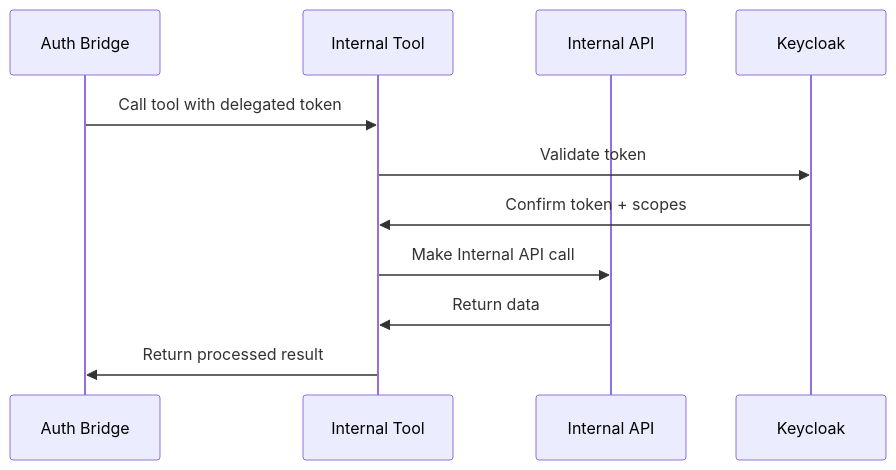
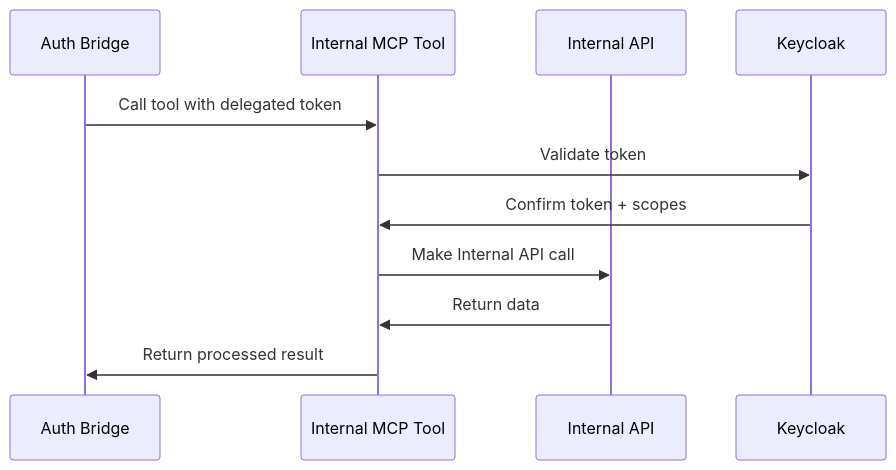
Before and after one commit to pdettori/kagenti: the diagram in docs/diagrams/03-tool-access-delegated-token-flow.mmd, drawn with Mermaid. The commit also changed 3 other files, not shown here.

Commit message:
Fix flow diagram Internal MCP Tool

```diff
--- a/docs/diagrams/03-tool-access-delegated-token-flow.mmd
+++ b/docs/diagrams/03-tool-access-delegated-token-flow.mmd
@@ -1,12 +1,12 @@
 sequenceDiagram
     participant Agent as Auth Bridge
-    participant Tool as Internal Tool
+    participant Tool as Internal MCP Tool
     participant API as Internal API
     participant KC as Keycloak
     
     Agent->>Tool: Call tool with delegated token
     Tool->>KC: Validate token
     KC->>Tool: Confirm token + scopes
     Tool->>API: Make Internal API call
     API->>Tool: Return data
     Tool->>Agent: Return processed result
```
